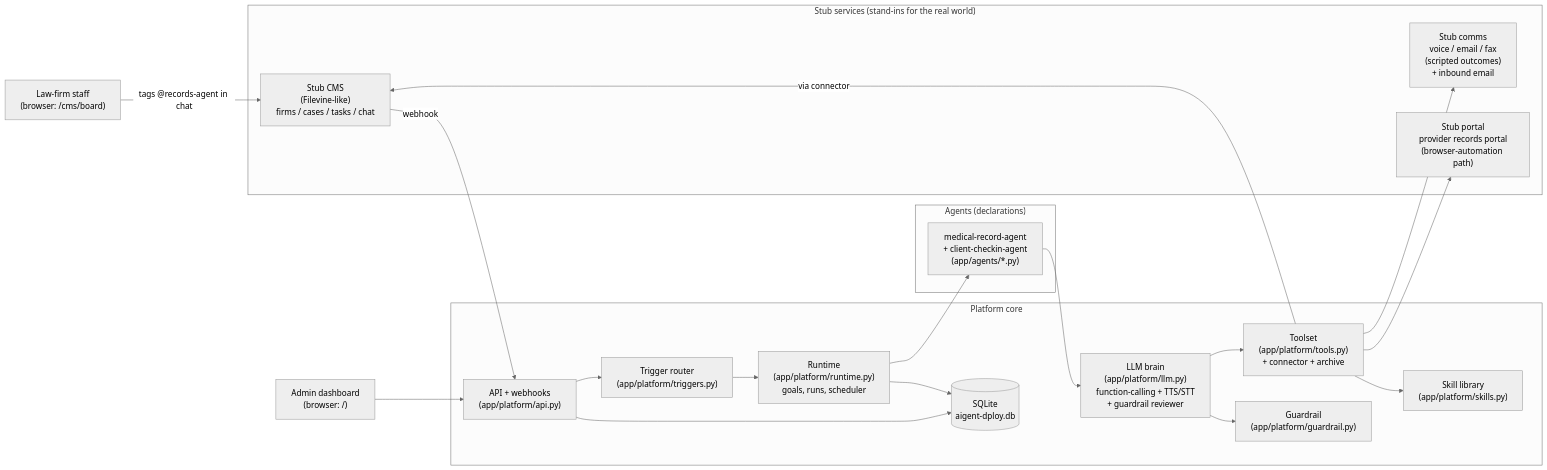
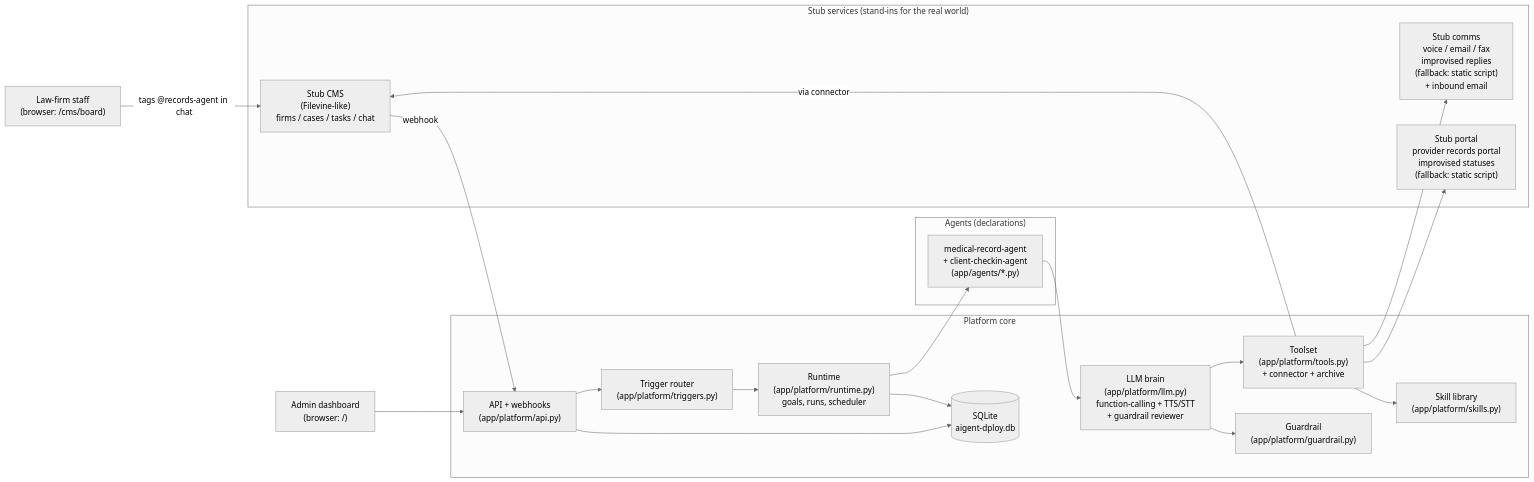
One commit to rehanvipin/aigent-dploy changed the first of 8 diagrams in GUIDE.md. Above: the diagram before and after it, drawn with Mermaid (neutral theme). The commit also changed other lines of this file and 13 other files, not shown here.

````diff
--- a/GUIDE.md
+++ b/GUIDE.md
@@ -31,42 +31,42 @@
 ```mermaid
 flowchart LR
-    subgraph Stubs["Stub services (stand-ins for the real world)"]
+      subgraph Stubs["Stub services (stand-ins for the real world)"]
         CMS["Stub CMS\n(Filevine-like)\nfirms / cases / tasks / chat"]
-        COMMS["Stub comms\nvoice / email / fax\n(scripted outcomes)\n+ inbound email"]
-        PORTAL["Stub portal\nprovider records portal\n(browser-automation path)"]
+        COMMS["Stub comms\nvoice / email / fax\nimprovised replies\n(fallback: static script)\n+ inbound email"]
+        PORTAL["Stub portal\nprovider records portal\nimprovised statuses\n(fallback: static script)"]
     end
 
     subgraph Platform["Platform core"]
         API["API + webhooks\n(app/platform/api.py)"]
         TRIG["Trigger router\n(app/platform/triggers.py)"]
         RUNTIME["Runtime\n(app/platform/runtime.py)\ngoals, runs, scheduler"]
         LLM["LLM brain\n(app/platform/llm.py)\nfunction-calling + TTS/STT\n+ guardrail reviewer"]
         TOOLS["Toolset\n(app/platform/tools.py)\n+ connector + archive"]
         SKILLS["Skill library\n(app/platform/skills.py)"]
         GUARD["Guardrail\n(app/platform/guardrail.py)"]
         DB[("SQLite\naigent-dploy.db")]
     end
 
     subgraph Agents["Agents (declarations)"]
         MR["medical-record-agent\n+ client-checkin-agent\n(app/agents/*.py)"]
     end
 
     STAFF["Law-firm staff\n(browser: /cms/board)"]
     ADMIN["Admin dashboard\n(browser: /)"]
 
     STAFF -- "tags @records-agent in chat" --> CMS
     CMS -- "webhook" --> API
     API --> TRIG
     TRIG --> RUNTIME
     RUNTIME --> MR
     MR --> LLM
     LLM --> TOOLS
     LLM --> GUARD
     TOOLS -- "via connector" --> CMS
     TOOLS --> COMMS
     TOOLS --> PORTAL
     TOOLS --> SKILLS
     RUNTIME --> DB
     API --> DB
     ADMIN --> API
 ```
````
